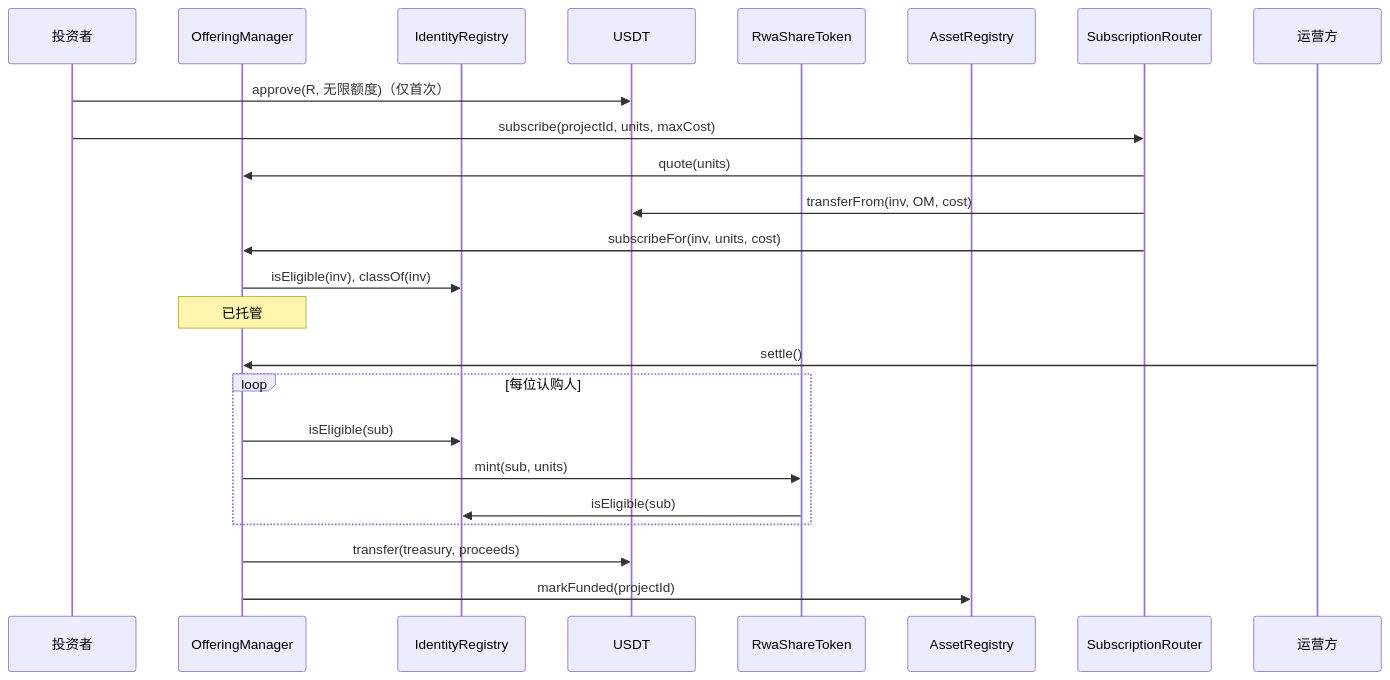
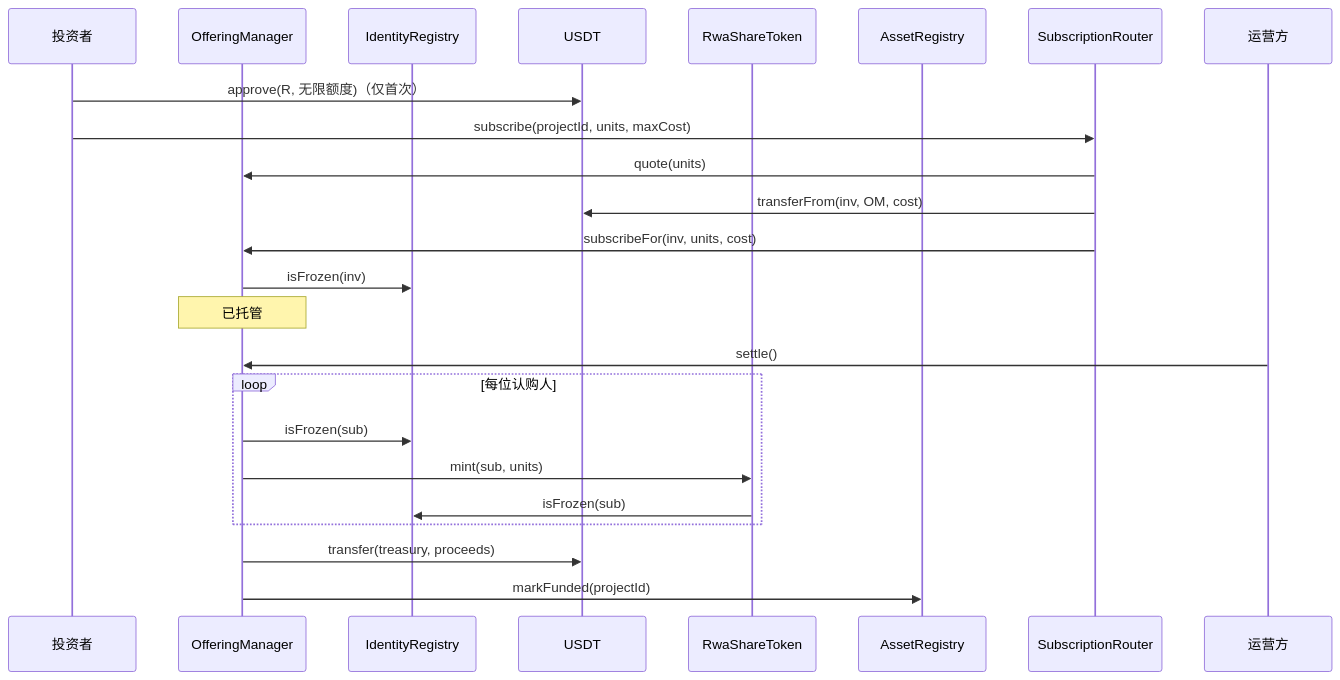
The first of 2 diagrams in docs/SMART_CONTRACT_SPEC.md (AgntSpark1/Roboshare), drawn with Mermaid before and after one commit. The commit also changed other lines of this file and 62 other files, not shown here.

````diff
--- a/docs/SMART_CONTRACT_SPEC.md
+++ b/docs/SMART_CONTRACT_SPEC.md
@@ -358,26 +343,26 @@
 ```mermaid
 sequenceDiagram
   participant Inv as 投资者
   participant OM as OfferingManager
   participant IR as IdentityRegistry
   participant SC as USDT
   participant T as RwaShareToken
   participant AR as AssetRegistry
   participant R as SubscriptionRouter
   Inv->>SC: approve(R, 无限额度)（仅首次）
   Inv->>R: subscribe(projectId, units, maxCost)
   R->>OM: quote(units)
   R->>SC: transferFrom(inv, OM, cost)
   R->>OM: subscribeFor(inv, units, cost)
-  OM->>IR: isEligible(inv), classOf(inv)
+  OM->>IR: isFrozen(inv)
   Note over OM: 已托管
   participant Op as 运营方
   Op->>OM: settle()
   loop 每位认购人
-    OM->>IR: isEligible(sub)
+    OM->>IR: isFrozen(sub)
     OM->>T: mint(sub, units)
-    T->>IR: isEligible(sub)
+    T->>IR: isFrozen(sub)
   end
   OM->>SC: transfer(treasury, proceeds)
   OM->>AR: markFunded(projectId)
 ```
````
